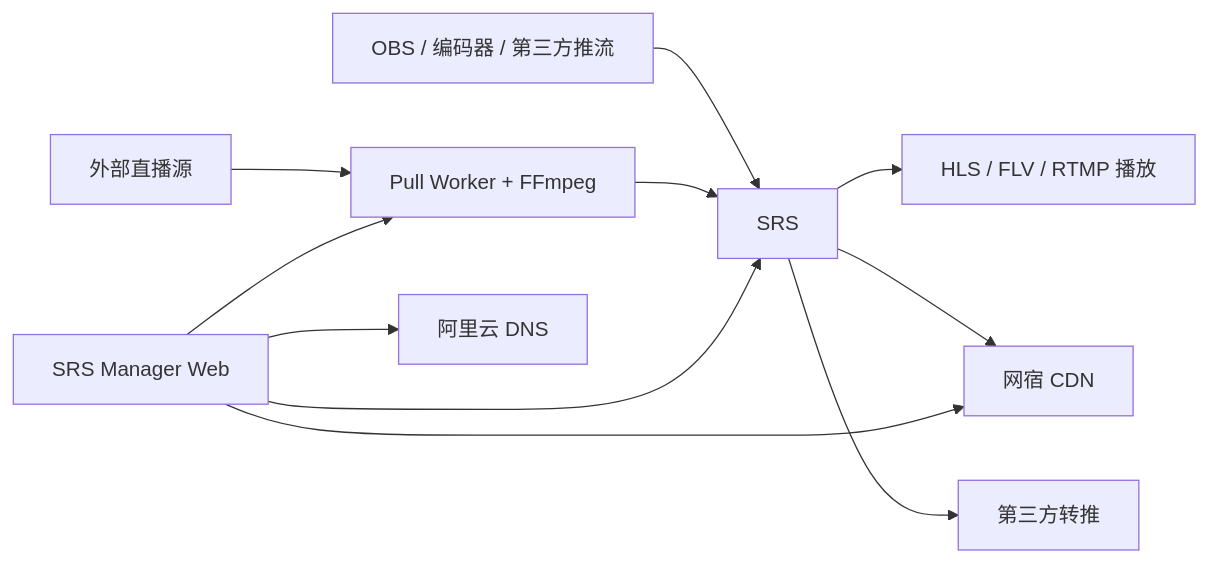
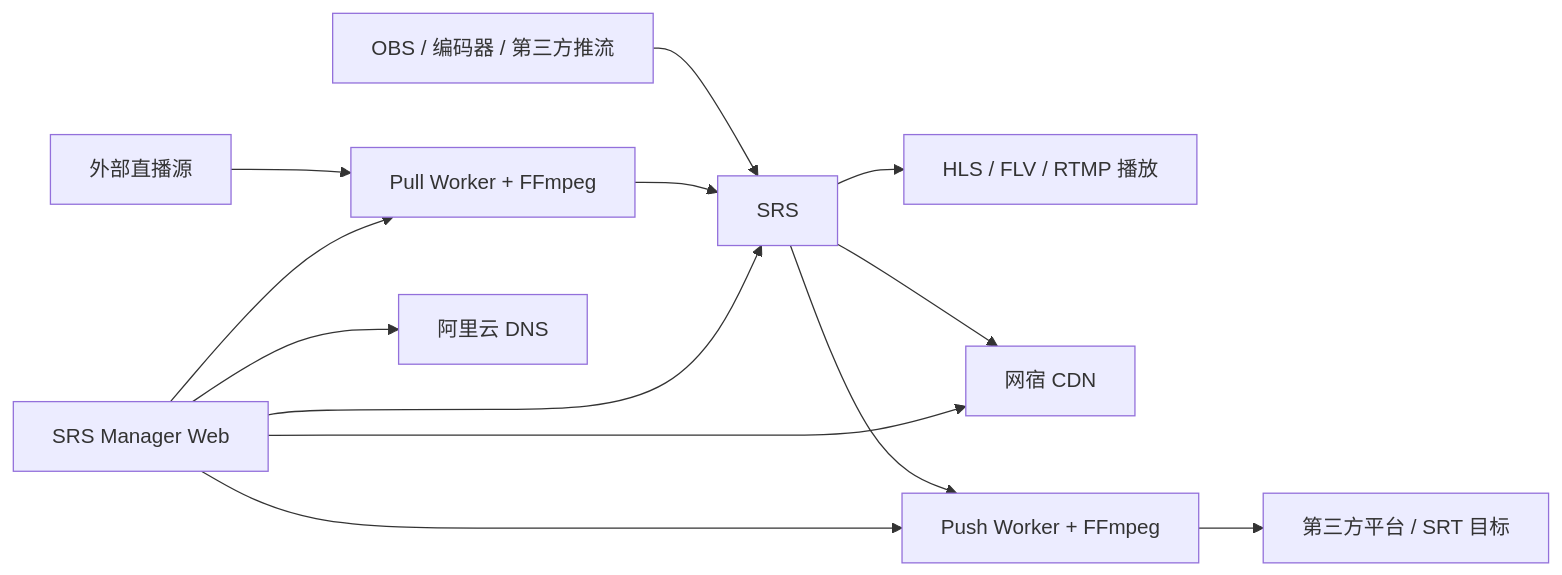
The diagram in README.md (pwl1987/srs-manager), drawn with Mermaid before and after one commit. The commit also changed other lines of this file and 38 other files, not shown here.

````diff
--- a/README.md
+++ b/README.md
@@ -72,13 +76,15 @@
 ```mermaid
 flowchart LR
     PUSH[OBS / 编码器 / 第三方推流] --> SRS[SRS]
     SRC[外部直播源] --> WORKER[Pull Worker + FFmpeg]
     WORKER --> SRS
     SRS --> PLAYER[HLS / FLV / RTMP 播放]
     SRS --> CDN[网宿 CDN]
-    SRS --> FORWARD[第三方转推]
+    SRS --> PUSHWORKER[Push Worker + FFmpeg]
+    PUSHWORKER --> FORWARD[第三方平台 / SRT 目标]
     MANAGER[SRS Manager Web] --> SRS
     MANAGER --> WORKER
+    MANAGER --> PUSHWORKER
     MANAGER --> CDN
     MANAGER --> DNS[阿里云 DNS]
 ```
````
